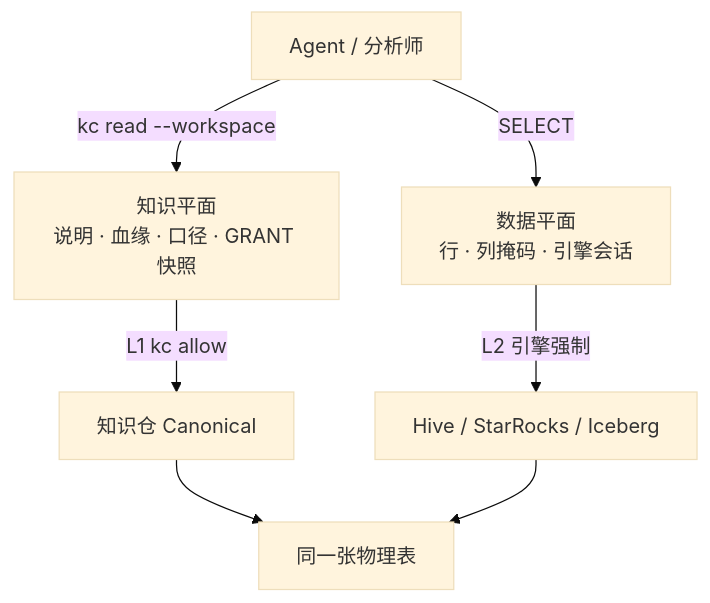
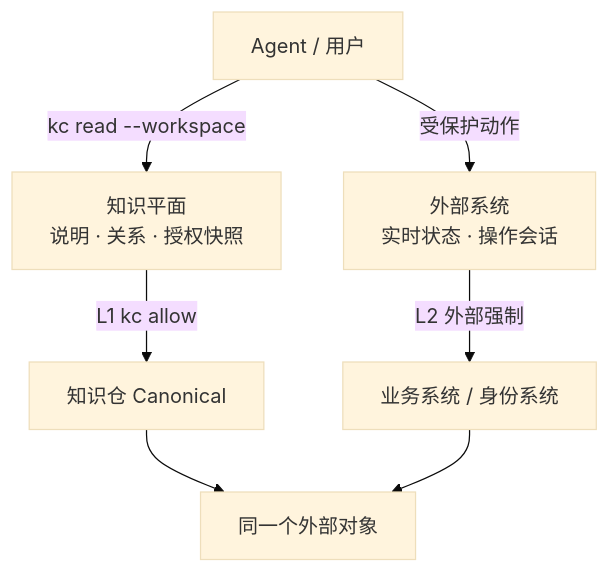
Before and after one commit to AlexKaiqi/knowledge-catalog: the first of 2 diagrams in docs/PERMISSIONS.md, drawn with Mermaid (base theme). The commit also changed other lines of this file and 28 other files, not shown here.

````diff
--- a/docs/PERMISSIONS.md
+++ b/docs/PERMISSIONS.md
@@ -49,11 +49,11 @@
 ```mermaid
 %% diagram:knowledge-vs-data-plane
 flowchart TB
-  Agent["Agent / 分析师"]
-  Agent -->|"kc read --workspace"| Know["知识平面<br/>说明 · 血缘 · 口径 · GRANT 快照"]
-  Agent -->|"SELECT"| Data["数据平面<br/>行 · 列掩码 · 引擎会话"]
+  Agent["Agent / 用户"]
+  Agent -->|"kc read --workspace"| Know["知识平面<br/>说明 · 关系 · 授权快照"]
+  Agent -->|"受保护动作"| Data["外部系统<br/>实时状态 · 操作会话"]
   Know -->|"L1 kc allow"| Repo["知识仓 Canonical"]
-  Data -->|"L2 引擎强制"| Eng["Hive / StarRocks / Iceberg"]
-  Repo --> T["同一张物理表"]
+  Data -->|"L2 外部强制"| Eng["业务系统 / 身份系统"]
+  Repo --> T["同一个外部对象"]
   Eng --> T
 ```
````
